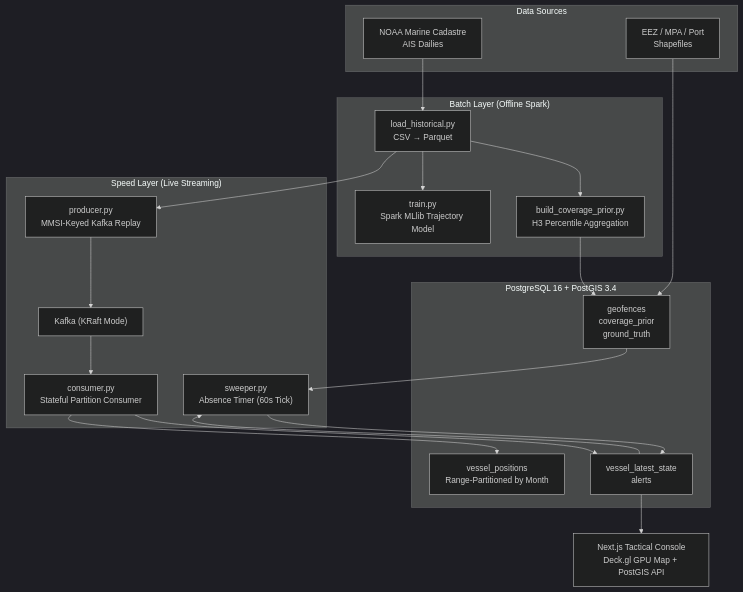
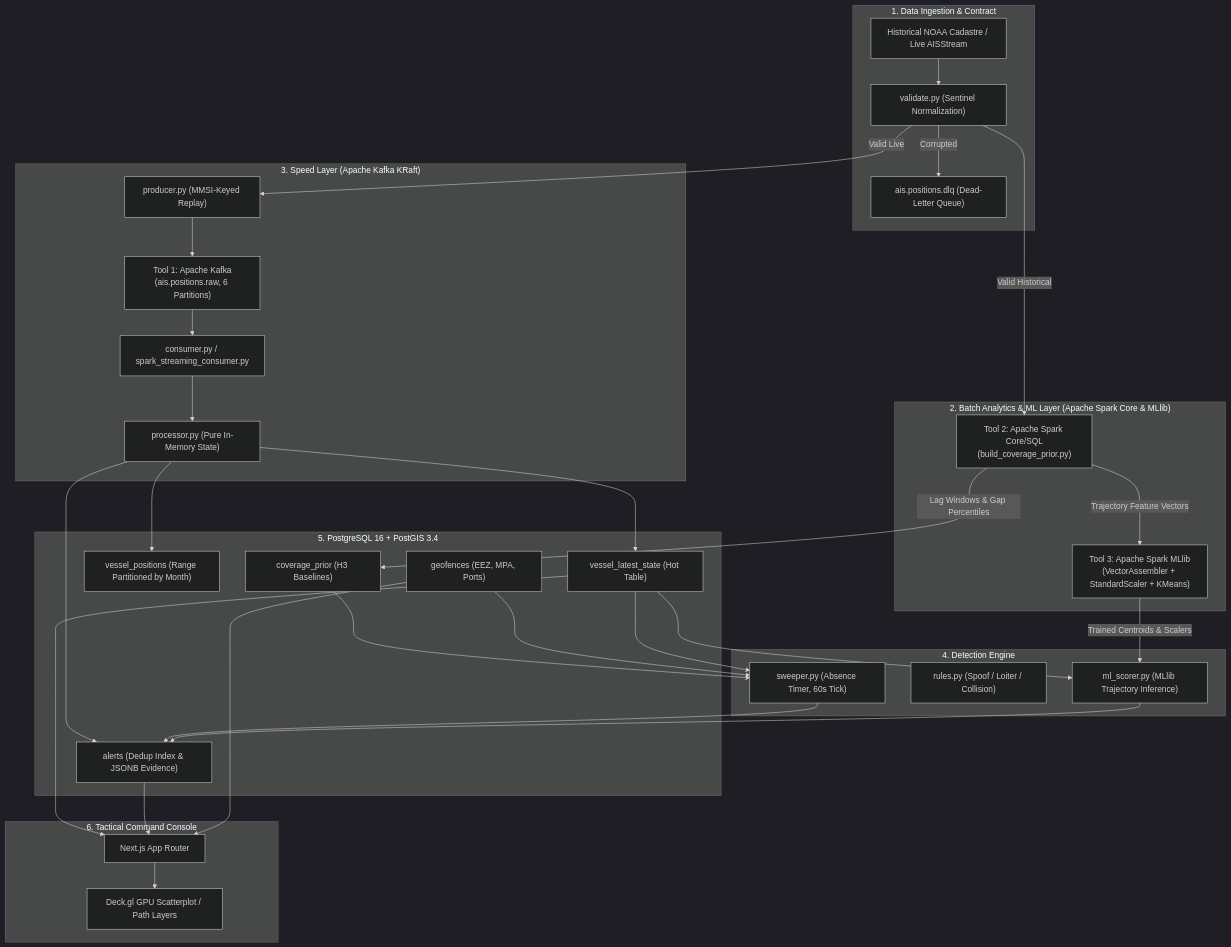
One commit to AnoushkaSamanta/big-data-project changed the diagram in README.md. Above: the diagram before and after it, drawn with Mermaid (dark theme). The commit also changed other lines of this file and 7 other files, not shown here.

Commit message:
docs: update README with architecture diagrams and instructions and add report files

````diff
--- a/README.md
+++ b/README.md
@@ -9,37 +45,53 @@
 ```mermaid
 flowchart TB
-    subgraph SRC["Data Sources"]
-        MC["NOAA Marine Cadastre<br/>AIS Dailies"]
-        GEO["EEZ / MPA / Port<br/>Shapefiles"]
+    subgraph INGEST["1. Data Ingestion & Contract"]
+        CSV["Historical NOAA Cadastre / Live AISStream"]
+        VAL["validate.py (Sentinel Normalization)"]
+        DLQ["ais.positions.dlq (Dead-Letter Queue)"]
     end
 
-    subgraph BATCH["Batch Layer (Offline Spark)"]
-        CLEAN["load_historical.py<br/>CSV → Parquet"]
-        PRIOR["build_coverage_prior.py<br/>H3 Percentile Aggregation"]
-        TRAIN["train.py<br/>Spark MLlib Trajectory Model"]
+    subgraph BATCH["2. Batch Analytics & ML Layer (Apache Spark Core & MLlib)"]
+        SPARK_CORE["Tool 2: Apache Spark Core/SQL<br/>(build_coverage_prior.py)"]
+        SPARK_ML["Tool 3: Apache Spark MLlib<br/>(VectorAssembler + StandardScaler + KMeans)"]
     end
 
-    subgraph SPEED["Speed Layer (Live Streaming)"]
-        PROD["producer.py<br/>MMSI-Keyed Kafka Replay"]
-        K["Kafka (KRaft Mode)"]
-        CONS["consumer.py<br/>Stateful Partition Consumer"]
-        SWEEP["sweeper.py<br/>Absence Timer (60s Tick)"]
+    subgraph SPEED["3. Speed Layer (Apache Kafka KRaft)"]
+        PROD["producer.py (MMSI-Keyed Replay)"]
+        K_RAW["Tool 1: Apache Kafka<br/>(ais.positions.raw, 6 Partitions)"]
+        CONS["consumer.py / spark_streaming_consumer.py"]
+        CORE["processor.py (Pure In-Memory State)"]
     end
 
-    subgraph STORE["PostgreSQL 16 + PostGIS 3.4"]
-        HOT["vessel_latest_state<br/>alerts"]
-        COLD["vessel_positions<br/>Range-Partitioned by Month"]
-        REF["geofences<br/>coverage_prior<br/>ground_truth"]
+    subgraph DETECTION["4. Detection Engine"]
+        SWEEP["sweeper.py (Absence Timer, 60s Tick)"]
+        RULES["rules.py (Spoof / Loiter / Collision)"]
+        ML["ml_scorer.py (MLlib Trajectory Inference)"]
     end
 
-    UI["Next.js Tactical Console<br/>Deck.gl GPU Map + PostGIS API"]
+    subgraph STORAGE["5. PostgreSQL 16 + PostGIS 3.4"]
+        HOT["vessel_latest_state (Hot Table)"]
+        COLD["vessel_positions (Range Partitioned by Month)"]
+        ALERTS["alerts (Dedup Index & JSONB Evidence)"]
+        PRIOR["coverage_prior (H3 Baselines)"]
+        GEO["geofences (EEZ, MPA, Ports)"]
+    end
 
-    MC --> CLEAN --> PRIOR --> REF
-    CLEAN --> TRAIN
-    GEO --> REF
-    CLEAN --> PROD --> K --> CONS
-    CONS --> HOT & COLD
-    REF --> SWEEP
-    HOT --> SWEEP --> HOT
-    HOT --> UI
+    subgraph UI["6. Tactical Command Console"]
+        NEXT["Next.js App Router"]
+        DECK["Deck.gl GPU Scatterplot / Path Layers"]
+    end
+
+    CSV --> VAL
+    VAL -->|Valid Historical| SPARK_CORE
+    SPARK_CORE -->|Lag Windows & Gap Percentiles| PRIOR
+    SPARK_CORE -->|Trajectory Feature Vectors| SPARK_ML
+    SPARK_ML -->|Trained Centroids & Scalers| ML
+    VAL -->|Valid Live| PROD --> K_RAW --> CONS
+    VAL -->|Corrupted| DLQ
+    CONS --> CORE
+    CORE --> HOT & COLD
+    CORE --> ALERTS
+    PRIOR & GEO & HOT --> SWEEP --> ALERTS
+    HOT --> ML --> ALERTS
+    HOT & ALERTS & GEO --> NEXT --> DECK
 ```
````
